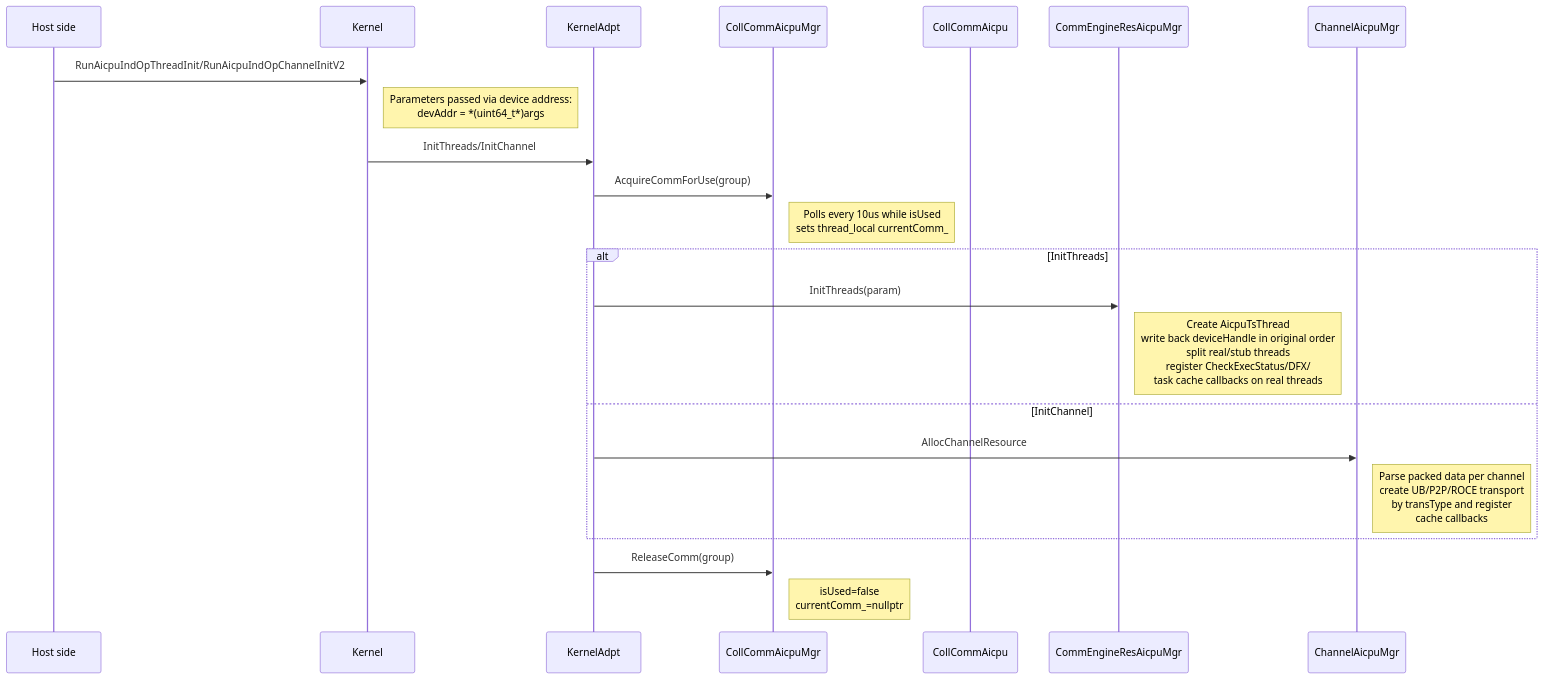
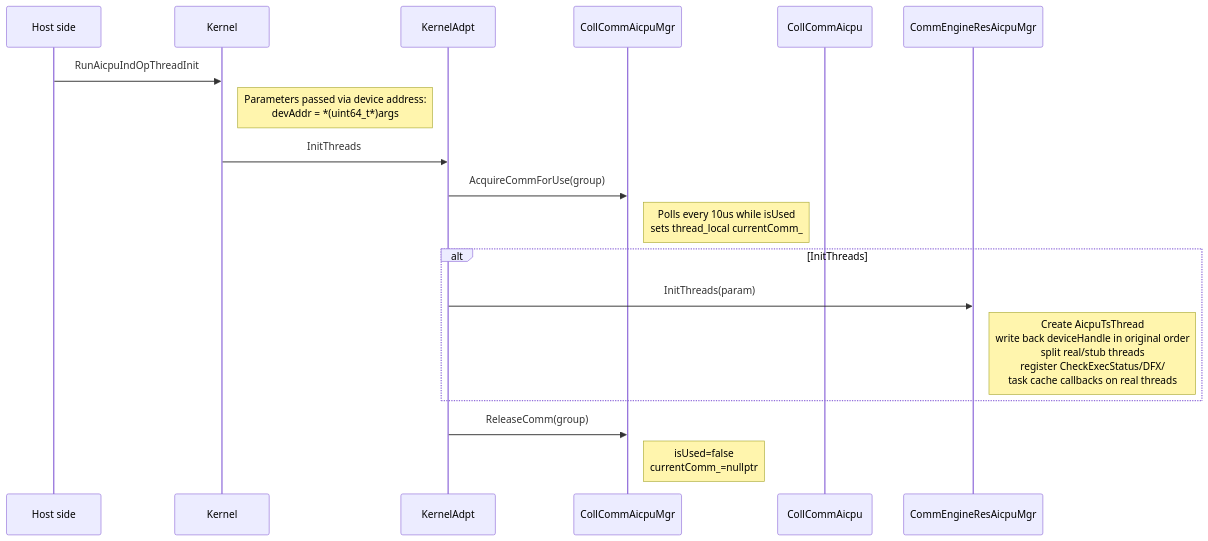
The fifth of 12 diagrams in src/coll_communicator_mgr/communicator/communicator_en.md (Atlas-Ascend-Fork/hcomm), drawn with Mermaid before and after one commit. The commit also changed other lines of this file and 4 other files, not shown here.

````diff
--- a/src/coll_communicator_mgr/communicator/communicator_en.md
+++ b/src/coll_communicator_mgr/communicator/communicator_en.md
@@ -264,28 +260,24 @@
 ```mermaid
 sequenceDiagram
     participant Host side
     participant Kernel
     participant KernelAdpt
     participant CollCommAicpuMgr
     participant CollCommAicpu
     participant CommEngineResAicpuMgr
-    participant ChannelAicpuMgr
 
-    Host side->>Kernel: RunAicpuIndOpThreadInit/RunAicpuIndOpChannelInitV2
+    Host side->>Kernel: RunAicpuIndOpThreadInit
     Note right of Kernel: Parameters passed via device address:<br/>devAddr = *(uint64_t*)args
 
-    Kernel->>KernelAdpt: InitThreads/InitChannel
+    Kernel->>KernelAdpt: InitThreads
     KernelAdpt->>CollCommAicpuMgr: AcquireCommForUse(group)
     Note right of CollCommAicpuMgr: Polls every 10us while isUsed<br/>sets thread_local currentComm_
 
     alt InitThreads
         KernelAdpt->>CommEngineResAicpuMgr: InitThreads(param)
         Note right of CommEngineResAicpuMgr: Create AicpuTsThread<br/>write back deviceHandle in original order<br/>split real/stub threads<br/>register CheckExecStatus/DFX/<br/>task cache callbacks on real threads
-    else InitChannel
-        KernelAdpt->>ChannelAicpuMgr: AllocChannelResource
-        Note right of ChannelAicpuMgr: Parse packed data per channel<br/>create UB/P2P/ROCE transport<br/>by transType and register<br/>cache callbacks
     end
 
     KernelAdpt->>CollCommAicpuMgr: ReleaseComm(group)
     Note right of CollCommAicpuMgr: isUsed=false<br/>currentComm_=nullptr
 ```
````
